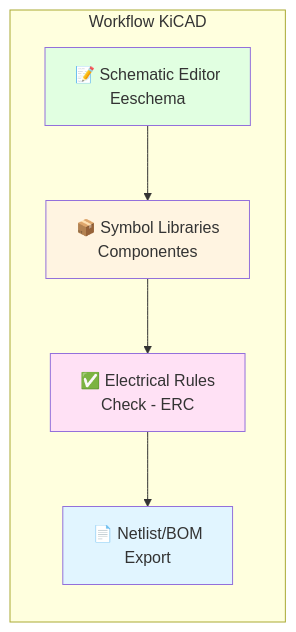
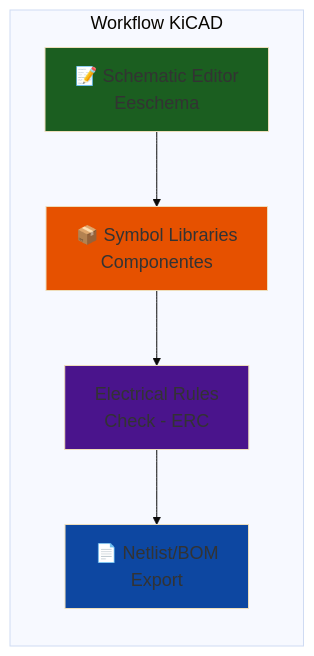
The sixth of 11 diagrams in courses/🟡-development/FPUNA-2026/02-ELECTRONICA-AUTOMATIZACION/01-diseno-circuitos-ia.md (Ai-Whisperers/Courses-Content), drawn with Mermaid before and after one commit. The commit also changed other lines of this file and 47 other files, not shown here.

First line of the commit message:
fix: Make all 473 diagrams WCAG AAA accessible (FPUNA-2026)

````diff
--- a/courses/🟡-development/FPUNA-2026/02-ELECTRONICA-AUTOMATIZACION/01-diseno-circuitos-ia.md
+++ b/courses/🟡-development/FPUNA-2026/02-ELECTRONICA-AUTOMATIZACION/01-diseno-circuitos-ia.md
@@ -245,18 +250,19 @@
 ```mermaid
+%%{init: {'theme':'base', 'themeVariables': {'fontSize':'18px'}}}%%
 graph LR
     subgraph "Workflow KiCAD"
         A[📝 Schematic Editor<br/>Eeschema]
         B[📦 Symbol Libraries<br/>Componentes]
-        C[✅ Electrical Rules<br/>Check - ERC]
+        C[Electrical Rules<br/>Check - ERC]
         D[📄 Netlist/BOM<br/>Export]
         
         A --> B
         B --> C
         C --> D
     end
     
-    style A fill:#E1FFE1
-    style B fill:#FFF4E1
-    style C fill:#FFE1F5
-    style D fill:#E1F5FF
+    style A fill:#1b5e20
+    style B fill:#e65100
+    style C fill:#4a148c
+    style D fill:#0d47a1
 ```
````
